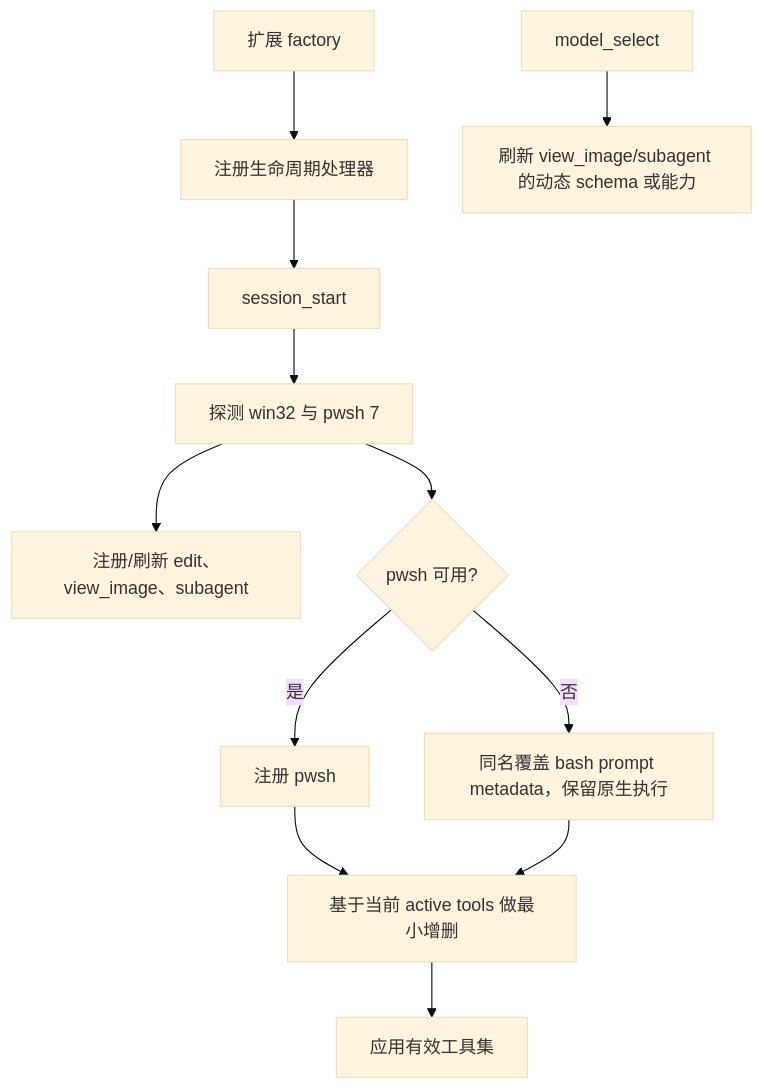
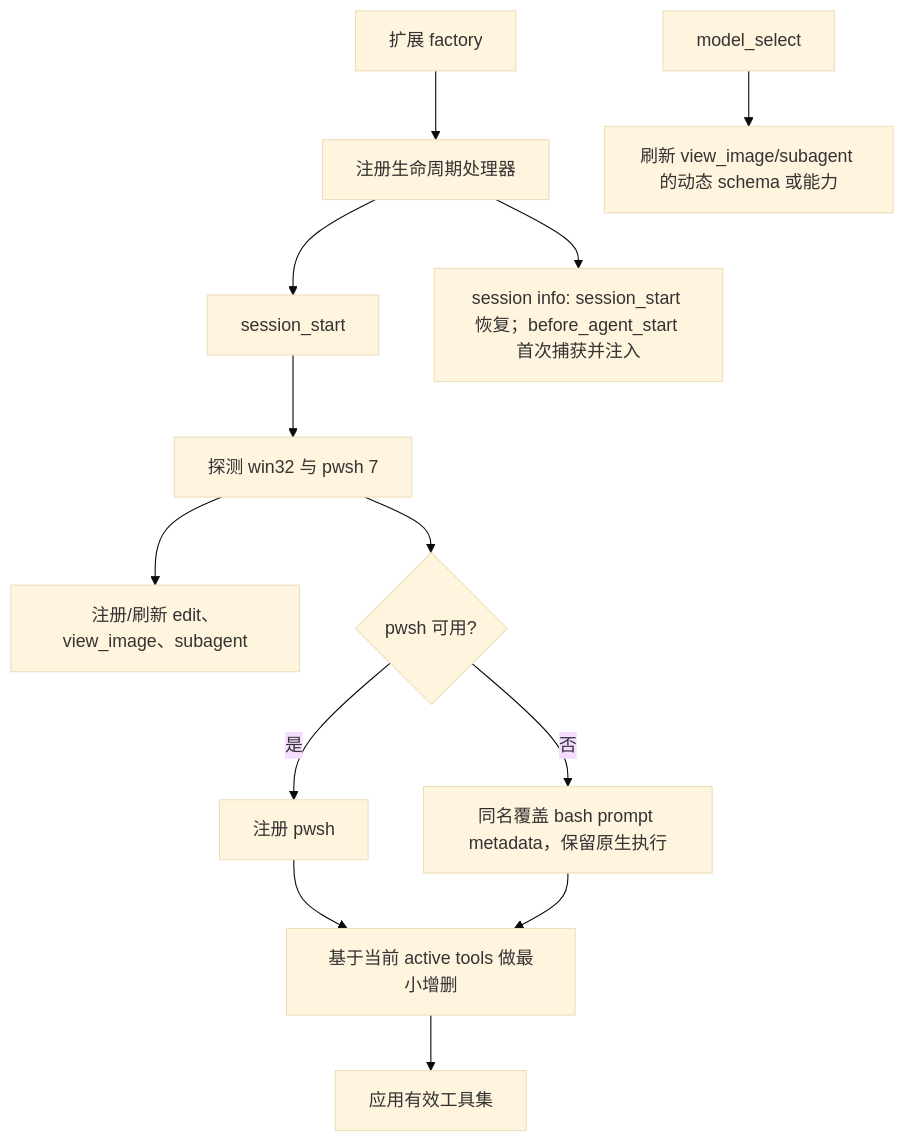
The diagram in .agents/docs/11-architecture.md (cha133/pi-enhanced), drawn with Mermaid (base theme) before and after one commit. The commit also changed other lines of this file and 8 other files, not shown here.

````diff
--- a/.agents/docs/11-architecture.md
+++ b/.agents/docs/11-architecture.md
@@ -27,14 +28,15 @@
 ```mermaid
 flowchart TD
     A["扩展 factory"] --> B["注册生命周期处理器"]
     B --> C["session_start"]
     C --> D["探测 win32 与 pwsh 7"]
     D --> E["注册/刷新 edit、view_image、subagent"]
     D --> F{"pwsh 可用?"}
     F -->|是| G["注册 pwsh"]
     F -->|否| H["同名覆盖 bash prompt metadata，保留原生执行"]
     G --> I["基于当前 active tools 做最小增删"]
     H --> I
     I --> J["应用有效工具集"]
     K["model_select"] --> L["刷新 view_image/subagent 的动态 schema 或能力"]
+    B --> M["session info: session_start 恢复；before_agent_start 首次捕获并注入"]
 ```
````
